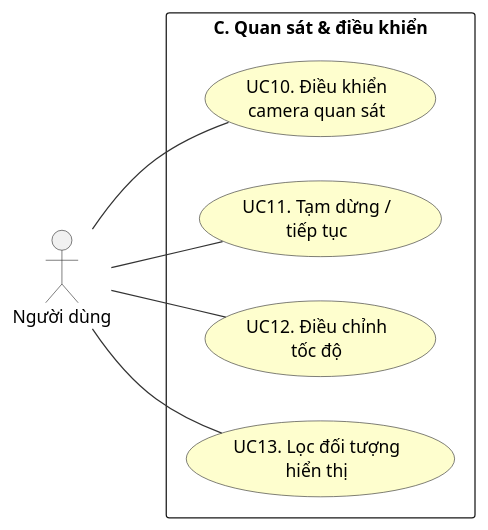
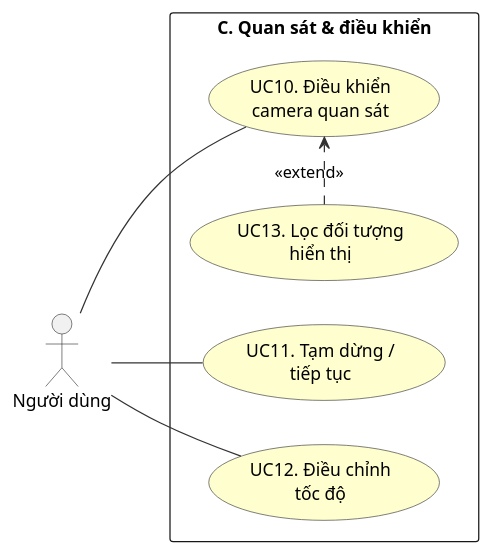
Before and after one commit to MinhHoang137/SUMO-GR1: the diagram in DiagramsCode/hinh2.5-usecase-nhom-C.puml, drawn with PlantUML. The commit also changed 12 other files, not shown here.

```diff
--- a/DiagramsCode/hinh2.5-usecase-nhom-C.puml
+++ b/DiagramsCode/hinh2.5-usecase-nhom-C.puml
@@ -1,23 +1,24 @@
 @startuml hinh2.5-usecase-nhom-C
 left to right direction
 skinparam packageStyle rectangle
 skinparam usecaseBorderColor #333333
 skinparam usecaseBackgroundColor #FEFECE
 skinparam actorBorderColor #333333
 skinparam ArrowColor #333333
 
 actor "Người dùng" as User
 
 rectangle "C. Quan sát & điều khiển" {
   usecase "UC10. Điều khiển\ncamera quan sát" as UC10
   usecase "UC11. Tạm dừng /\ntiếp tục" as UC11
   usecase "UC12. Điều chỉnh\ntốc độ" as UC12
   usecase "UC13. Lọc đối tượng\nhiển thị" as UC13
 }
 
 User -- UC10
 User -- UC11
 User -- UC12
-User -- UC13
+
+UC13 .> UC10 : <<extend>>
 
 @enduml
```
